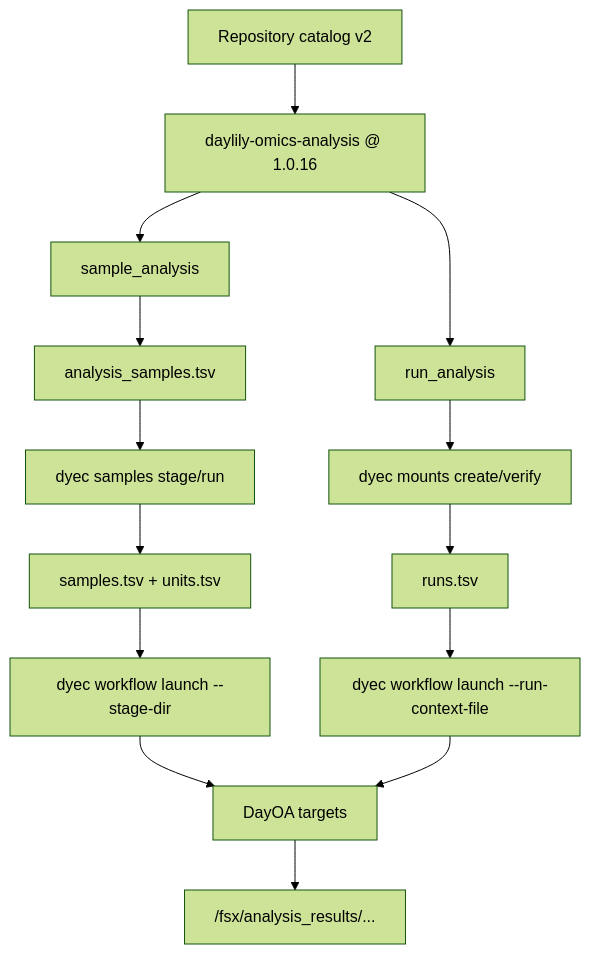
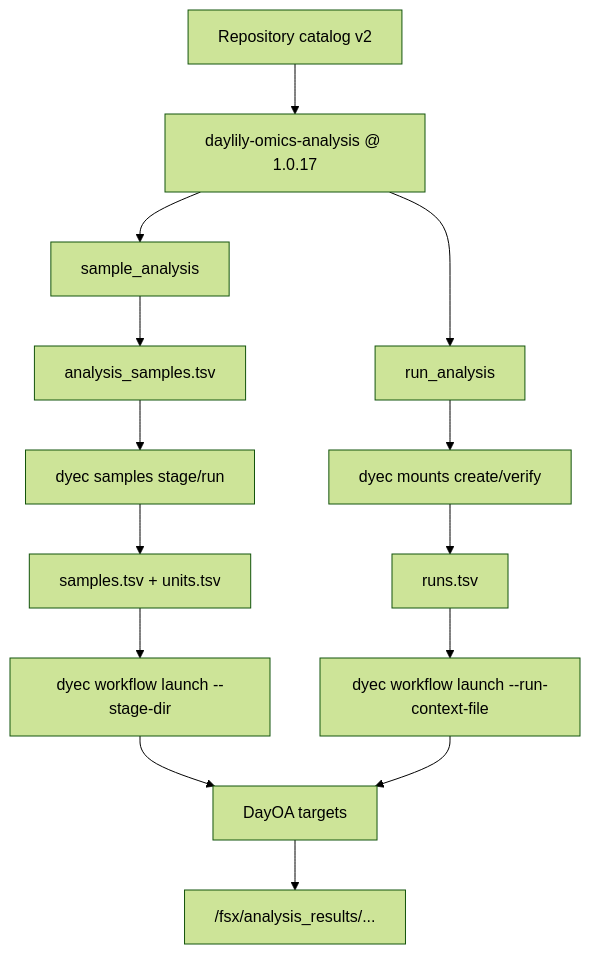
The third of 3 diagrams in docs/dra_fsx_strategy.md (Daylily-Informatics/daylily-ephemeral-cluster), drawn with Mermaid (forest theme) before and after one commit. The commit also changed other lines of this file and 16 other files, not shown here.

````diff
--- a/docs/dra_fsx_strategy.md
+++ b/docs/dra_fsx_strategy.md
@@ -79,19 +79,19 @@
 ```mermaid
 flowchart TB
-  Catalog["Repository catalog v2"] --> Repo["daylily-omics-analysis @ 1.0.16"]
+  Catalog["Repository catalog v2"] --> Repo["daylily-omics-analysis @ 1.0.17"]
   Repo --> Sample["sample_analysis"]
   Repo --> Run["run_analysis"]
 
   Sample --> Manifest["analysis_samples.tsv"]
   Manifest --> Stage["dyec samples stage/run"]
   Stage --> TSV["samples.tsv + units.tsv"]
   TSV --> LaunchA["dyec workflow launch --stage-dir"]
 
   Run --> Mount["dyec mounts create/verify"]
   Mount --> Runs["runs.tsv"]
   Runs --> LaunchB["dyec workflow launch --run-context-file"]
 
   LaunchA --> DayOA["DayOA targets"]
   LaunchB --> DayOA
   DayOA --> Results["/fsx/analysis_results/..."]
 ```
````
